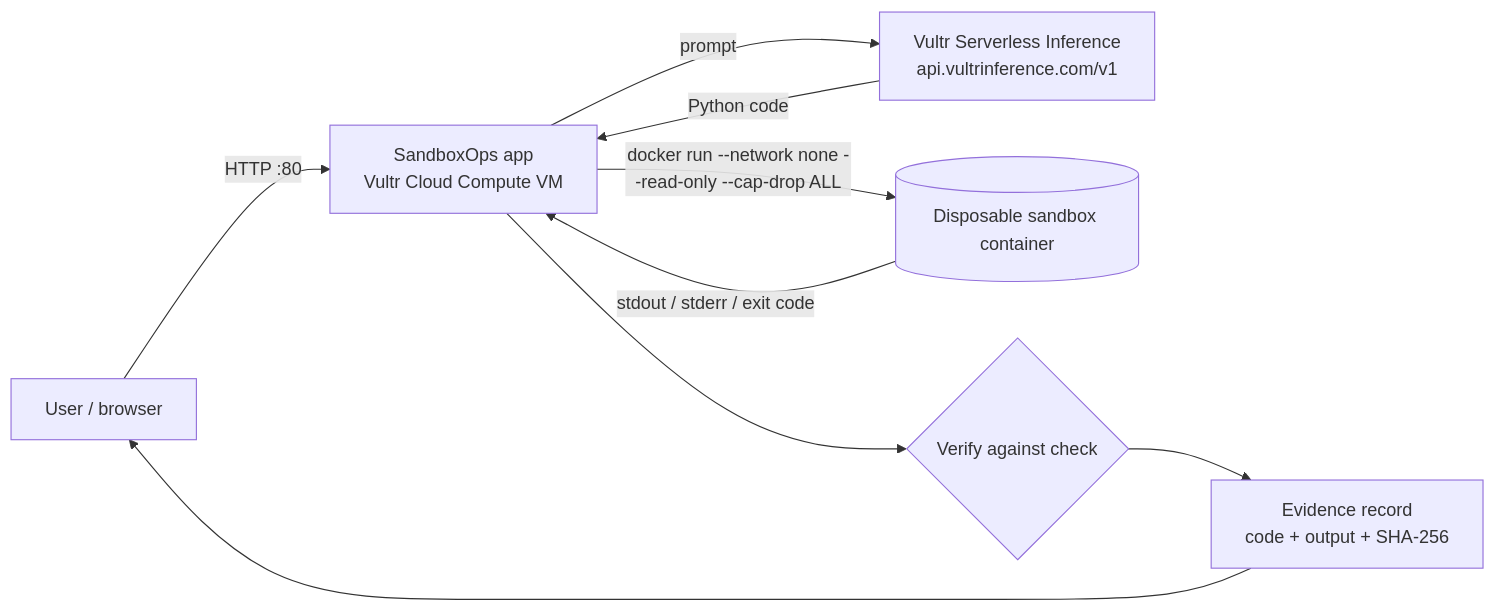
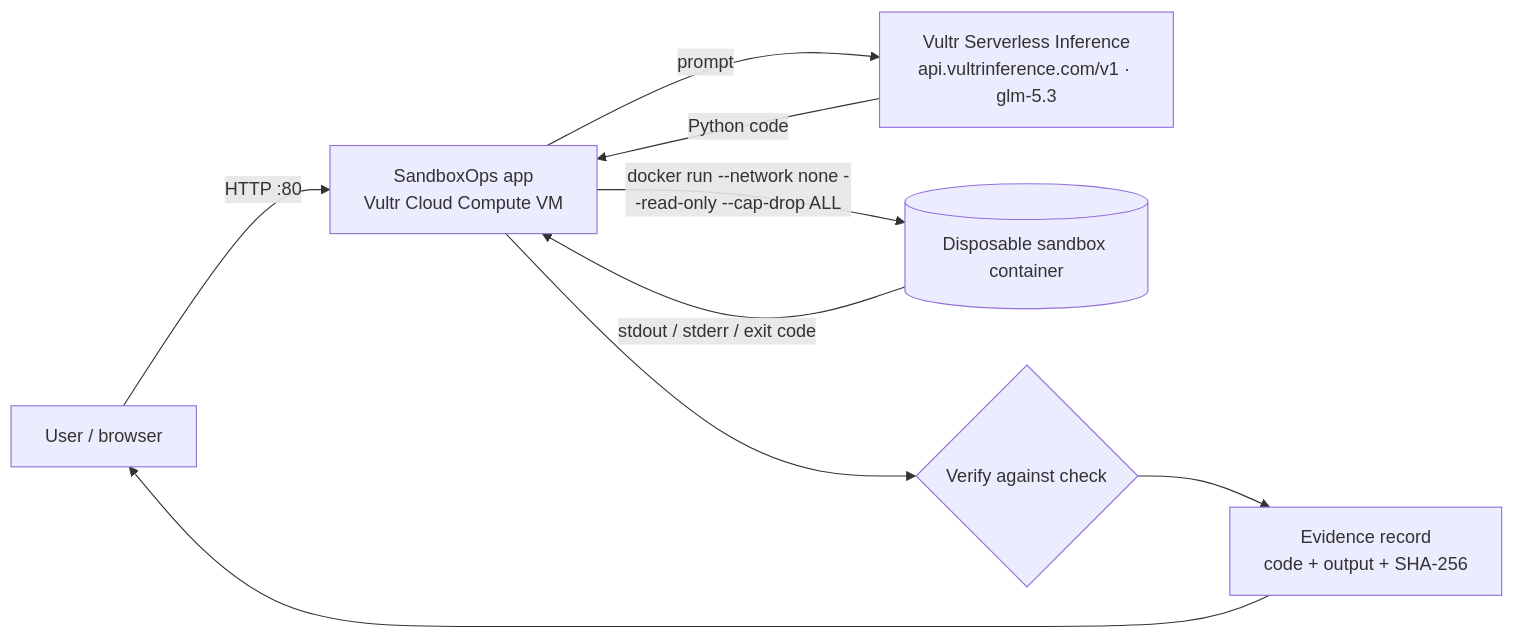
The diagram in README.md (igoreduardoai/sandboxops), drawn with Mermaid before and after one commit. The commit also changed other lines of this file and 6 other files, not shown here.

````diff
--- a/README.md
+++ b/README.md
@@ -18,11 +29,11 @@
 ```mermaid
 flowchart LR
   U[User / browser] -->|HTTP :80| A[SandboxOps app<br/>Vultr Cloud Compute VM]
-  A -->|prompt| I[Vultr Serverless Inference<br/>api.vultrinference.com/v1]
+  A -->|prompt| I[Vultr Serverless Inference<br/>api.vultrinference.com/v1 · glm-5.3]
   I -->|Python code| A
   A -->|docker run --network none --read-only --cap-drop ALL| S[(Disposable sandbox container)]
   S -->|stdout / stderr / exit code| A
   A --> V{Verify against check}
   V --> E[Evidence record<br/>code + output + SHA-256]
   E --> U
 ```
````
